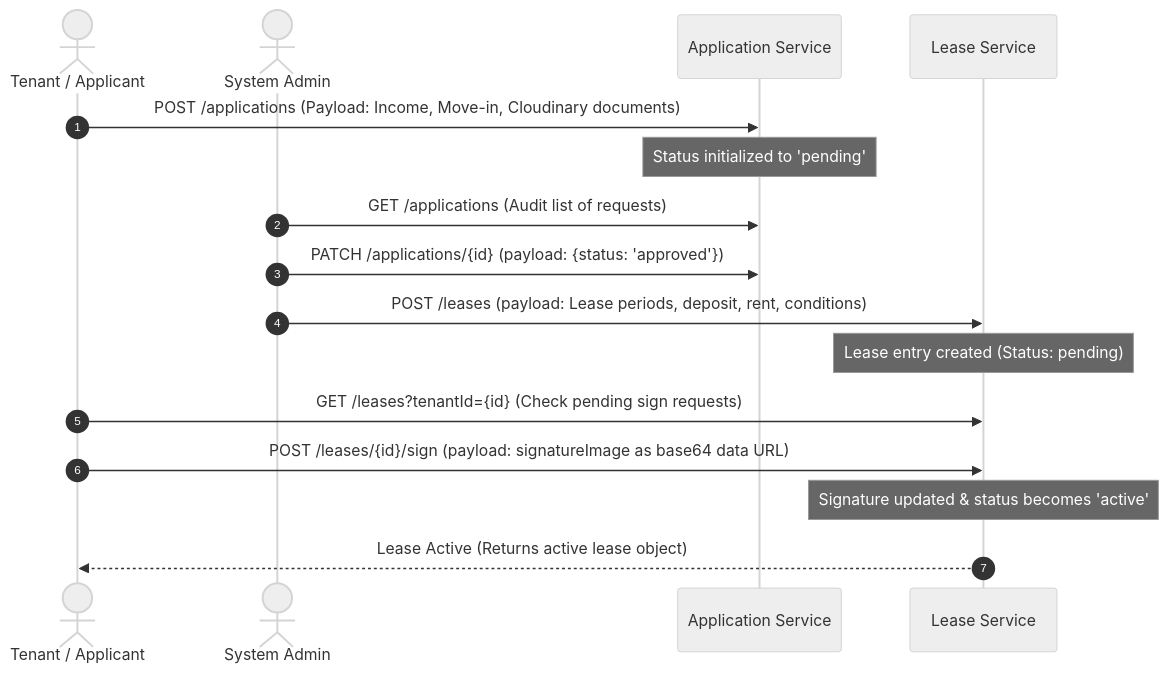
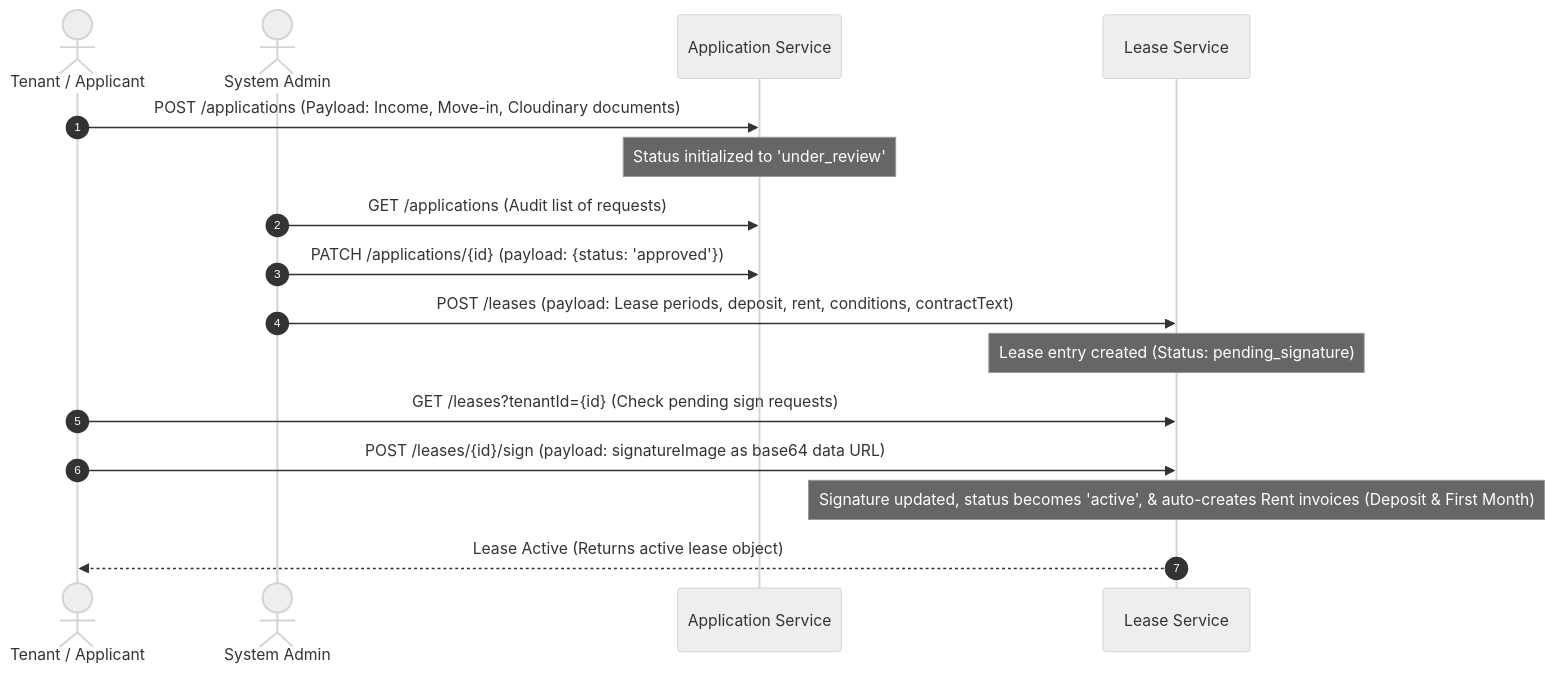
Before and after one commit to saksham2882/property-rental-management-system: the third of 4 diagrams in rental-portal-backend/README.md, drawn with Mermaid (neutral theme). The commit also changed other lines of this file, not shown here.

````diff
--- a/rental-portal-backend/README.md
+++ b/rental-portal-backend/README.md
@@ -223,21 +216,21 @@
 ```mermaid
 sequenceDiagram
     autonumber
     actor Tenant as Tenant / Applicant
     actor Admin as System Admin
     participant AppAPI as Application Service
     participant LeaseAPI as Lease Service
 
     Tenant->>AppAPI: POST /applications (Payload: Income, Move-in, Cloudinary documents)
-    Note over AppAPI: Status initialized to 'pending'
+    Note over AppAPI: Status initialized to 'under_review'
     Admin->>AppAPI: GET /applications (Audit list of requests)
     Admin->>AppAPI: PATCH /applications/{id} (payload: {status: 'approved'})
     
-    Admin->>LeaseAPI: POST /leases (payload: Lease periods, deposit, rent, conditions)
-    Note over LeaseAPI: Lease entry created (Status: pending)
+    Admin->>LeaseAPI: POST /leases (payload: Lease periods, deposit, rent, conditions, contractText)
+    Note over LeaseAPI: Lease entry created (Status: pending_signature)
     
     Tenant->>LeaseAPI: GET /leases?tenantId={id} (Check pending sign requests)
     Tenant->>LeaseAPI: POST /leases/{id}/sign (payload: signatureImage as base64 data URL)
-    Note over LeaseAPI: Signature updated & status becomes 'active'
+    Note over LeaseAPI: Signature updated, status becomes 'active', & auto-creates Rent invoices (Deposit & First Month)
     LeaseAPI-->>Tenant: Lease Active (Returns active lease object)
 ```
````
